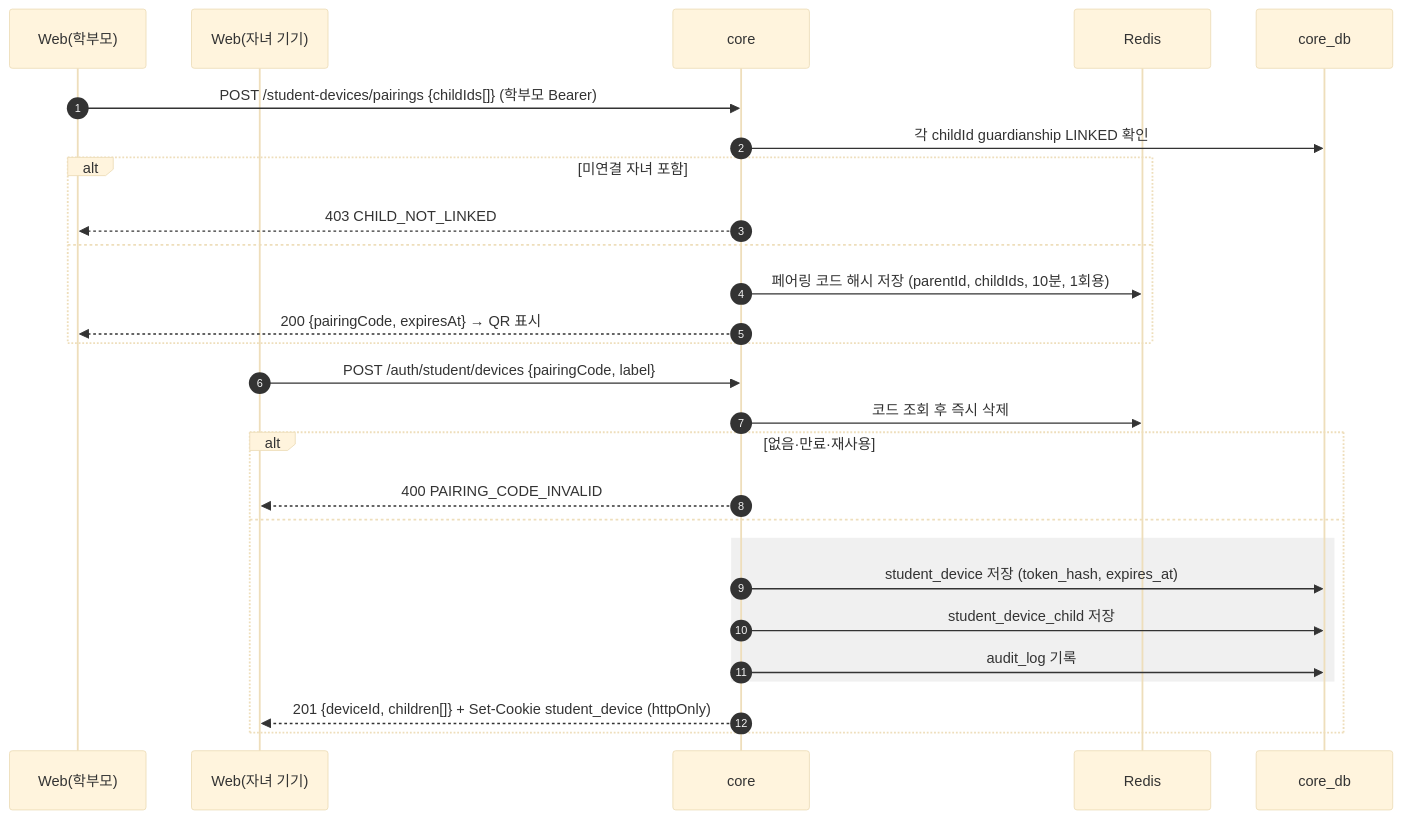
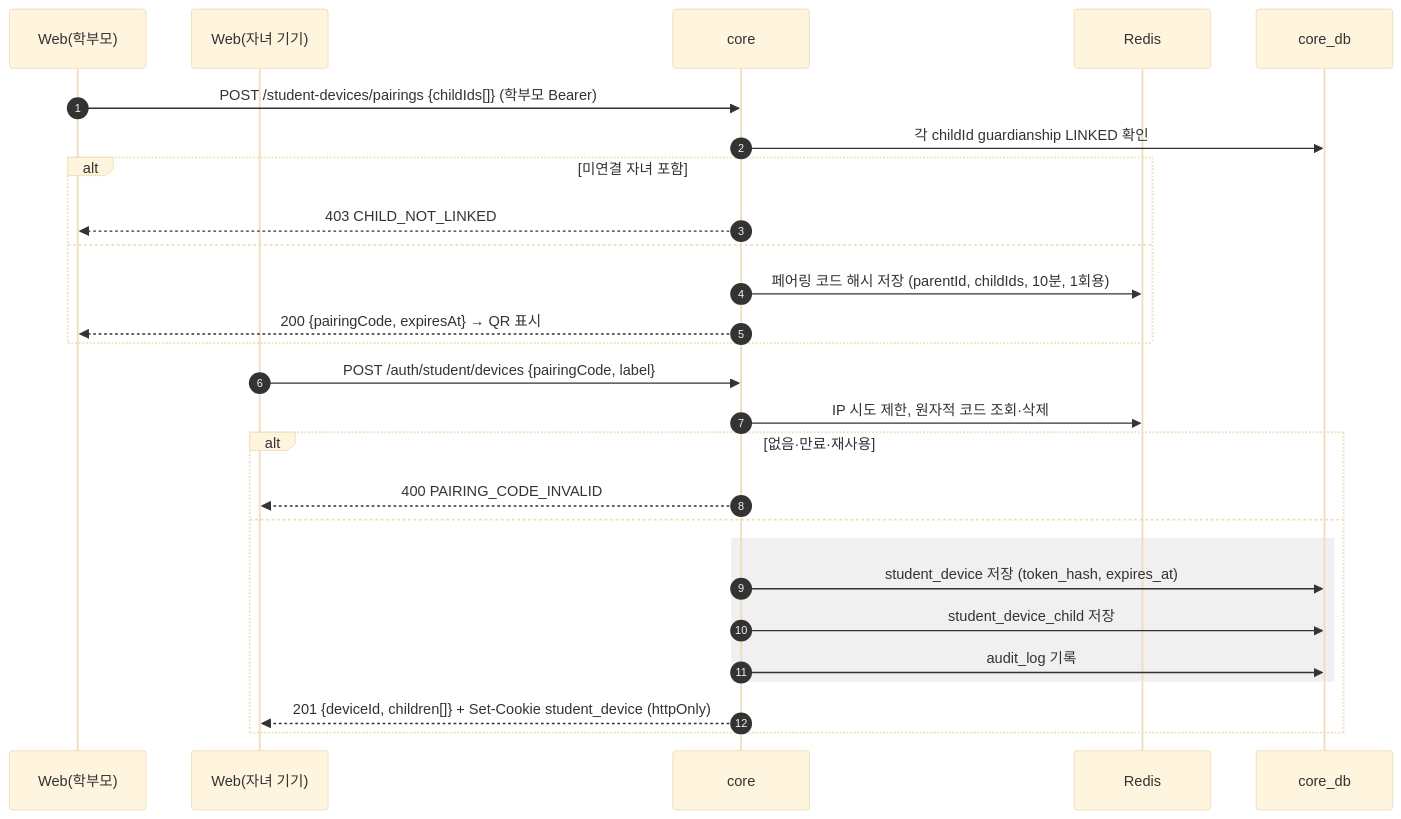
One commit to SKNETWORKS-FAMILY-AICAMP/SKN34-FINAL-3TEAM changed the fifth of 21 diagrams in docs/design/sequence-diagram.md. Above: the diagram before and after it, drawn with Mermaid (base theme). The commit also changed other lines of this file and 57 other files, not shown here.

````diff
--- a/docs/design/sequence-diagram.md
+++ b/docs/design/sequence-diagram.md
@@ -158,30 +158,30 @@
 ```mermaid
 sequenceDiagram
   autonumber
   participant P as Web(학부모)
   participant K as Web(자녀 기기)
   participant C as core
   participant R as Redis
   participant DB as core_db
 
   P->>C: POST /student-devices/pairings {childIds[]} (학부모 Bearer)
   C->>DB: 각 childId guardianship LINKED 확인
   alt 미연결 자녀 포함
     C-->>P: 403 CHILD_NOT_LINKED
   else
     C->>R: 페어링 코드 해시 저장 (parentId, childIds, 10분, 1회용)
     C-->>P: 200 {pairingCode, expiresAt} → QR 표시
   end
   K->>C: POST /auth/student/devices {pairingCode, label}
-  C->>R: 코드 조회 후 즉시 삭제
+  C->>R: IP 시도 제한, 원자적 코드 조회·삭제
   alt 없음·만료·재사용
     C-->>K: 400 PAIRING_CODE_INVALID
   else
     rect rgba(128,128,128,0.12)
       C->>DB: student_device 저장 (token_hash, expires_at)
       C->>DB: student_device_child 저장
       C->>DB: audit_log 기록
     end
     C-->>K: 201 {deviceId, children[]} + Set-Cookie student_device (httpOnly)
   end
 ```
````
